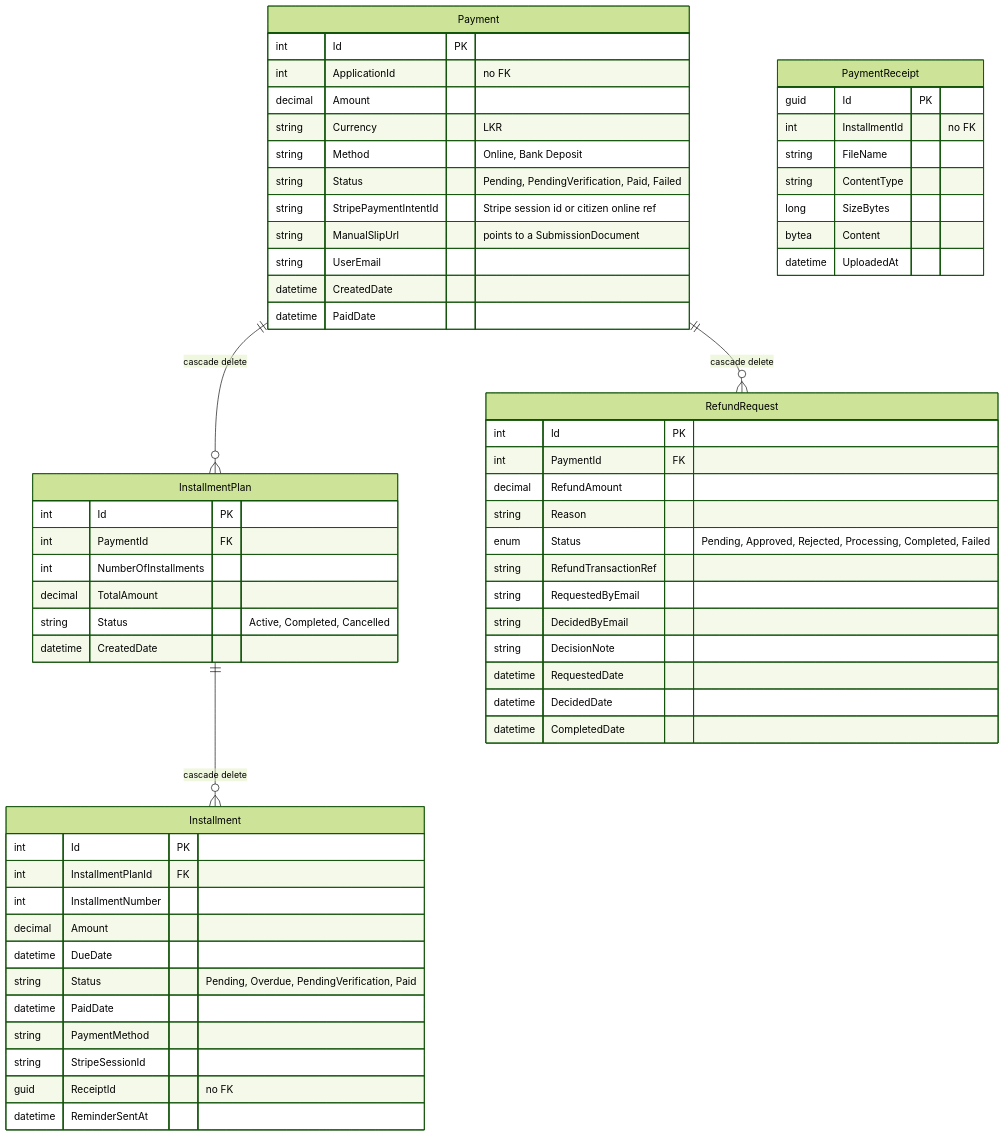
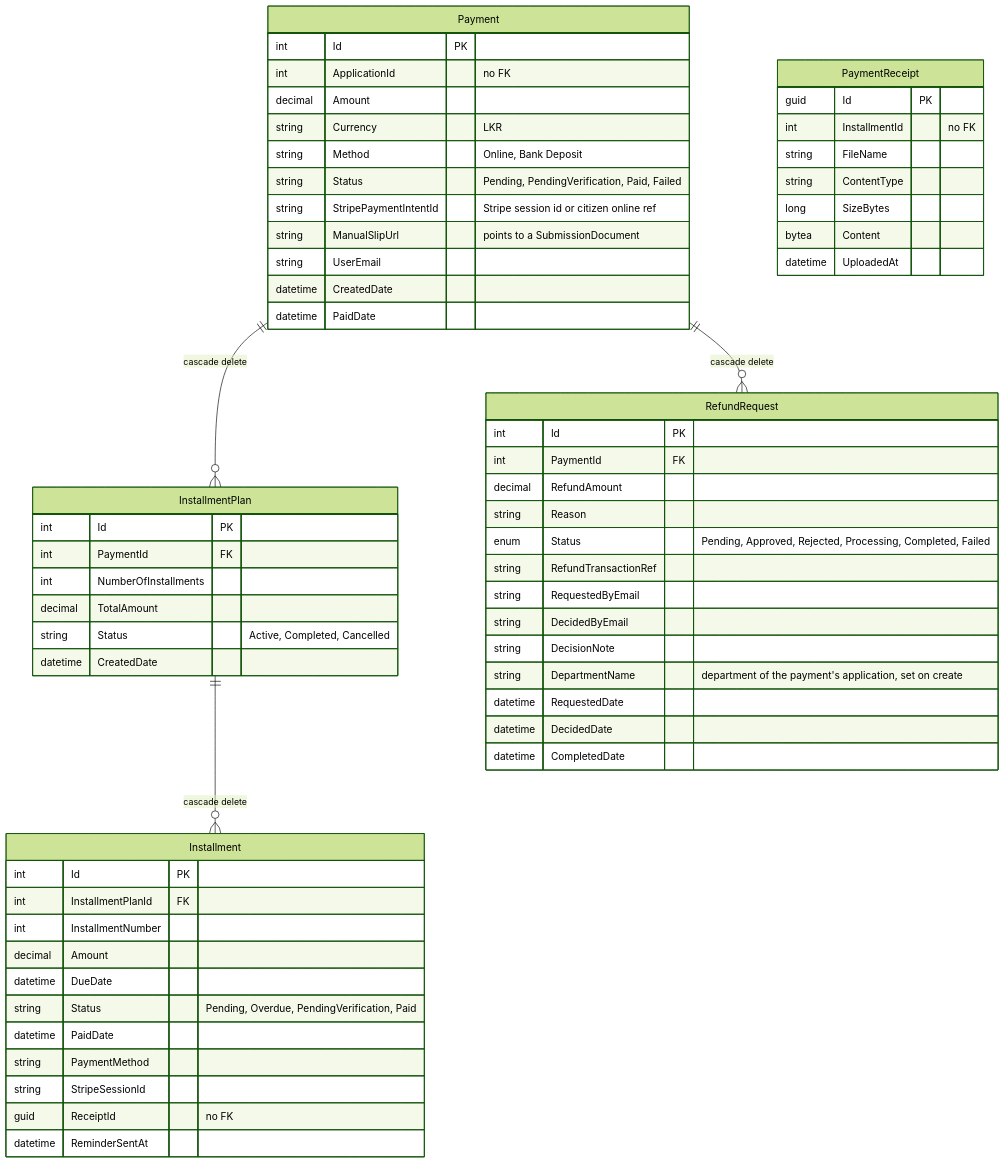
Before and after one commit to Chathuka-Pehesara/Government_Service_Navigator_New: the fourth of 7 diagrams in docs/diagrams/er-diagram.md, drawn with Mermaid (forest theme). The commit also changed other lines of this file and 18 other files, not shown here.

````diff
--- a/docs/diagrams/er-diagram.md
+++ b/docs/diagrams/er-diagram.md
@@ -201,64 +201,65 @@
 ```mermaid
 erDiagram
     Payment {
         int Id PK
         int ApplicationId "no FK"
         decimal Amount
         string Currency "LKR"
         string Method "Online, Bank Deposit"
         string Status "Pending, PendingVerification, Paid, Failed"
         string StripePaymentIntentId "Stripe session id or citizen online ref"
         string ManualSlipUrl "points to a SubmissionDocument"
         string UserEmail
         datetime CreatedDate
         datetime PaidDate
     }
     InstallmentPlan {
         int Id PK
         int PaymentId FK
         int NumberOfInstallments
         decimal TotalAmount
         string Status "Active, Completed, Cancelled"
         datetime CreatedDate
     }
     Installment {
         int Id PK
         int InstallmentPlanId FK
         int InstallmentNumber
         decimal Amount
         datetime DueDate
         string Status "Pending, Overdue, PendingVerification, Paid"
         datetime PaidDate
         string PaymentMethod
         string StripeSessionId
         guid ReceiptId "no FK"
         datetime ReminderSentAt
     }
     PaymentReceipt {
         guid Id PK
         int InstallmentId "no FK"
         string FileName
         string ContentType
         long SizeBytes
         bytea Content
         datetime UploadedAt
     }
     RefundRequest {
         int Id PK
         int PaymentId FK
         decimal RefundAmount
         string Reason
         enum Status "Pending, Approved, Rejected, Processing, Completed, Failed"
         string RefundTransactionRef
         string RequestedByEmail
         string DecidedByEmail
         string DecisionNote
+        string DepartmentName "department of the payment's application, set on create"
         datetime RequestedDate
         datetime DecidedDate
         datetime CompletedDate
     }
 
     Payment ||--o{ InstallmentPlan : "cascade delete"
     InstallmentPlan ||--o{ Installment : "cascade delete"
     Payment ||--o{ RefundRequest : "cascade delete"
 ```
````
